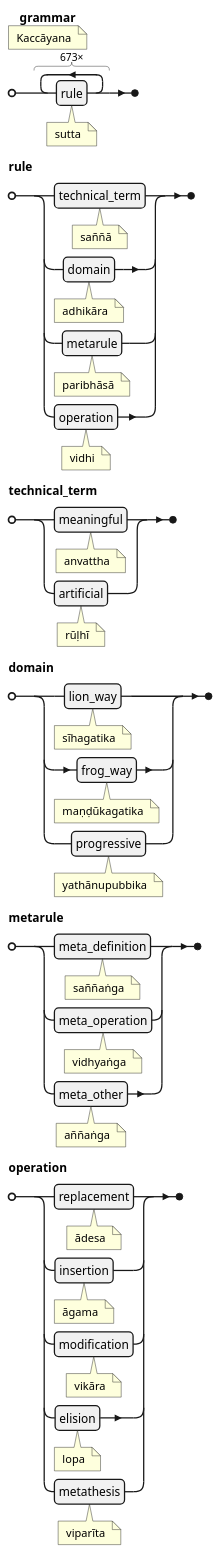
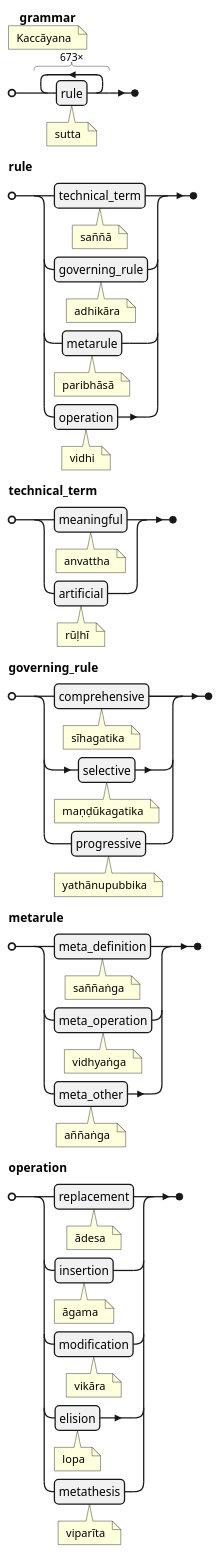
The second of 11 diagrams in src/content/docs/Pali Textbook/m-kaccayana.md (ChristineTham/buddhavacana), drawn with PlantUML before and after one commit. The commit also changed other lines of this file and 17 other files, not shown here.

````diff
--- a/src/content/docs/Pali Textbook/m-kaccayana.md
+++ b/src/content/docs/Pali Textbook/m-kaccayana.md
@@ -82,27 +82,27 @@
 ```plantuml
 @startebnf
 grammar (* Kaccāyana *) = 673 * rule (* sutta *);
 rule =
   technical_term (* saññā *) |
-  domain (* adhikāra *) |
+  governing_rule (* adhikāra *) |
   metarule (* paribhāsā *) |
   operation (* vidhi *) ;
 technical_term =
   meaningful (* anvattha *) |
   artificial (* rūḷhī *) ;
-domain =
-  lion_way (* sīhagatika *) |
-  frog_way (* maṇḍūkagatika *) |
+governing_rule =
+  comprehensive (* sīhagatika *) |
+  selective (* maṇḍūkagatika *) |
   progressive (* yathānupubbika *) ;
 metarule =
   meta_definition (* saññaṅga *) |
   meta_operation (* vidhyaṅga *) |
   meta_other (* aññaṅga *) ;
 operation =
   replacement (* ādesa *) |
   insertion (* āgama *) |
   modification (* vikāra *) |
   elision (* lopa *) |
   metathesis (* viparīta *) ;
 @endebnf
 ```
````
